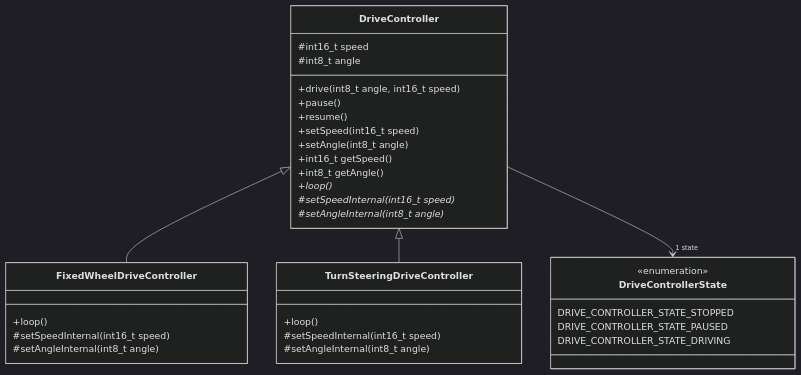
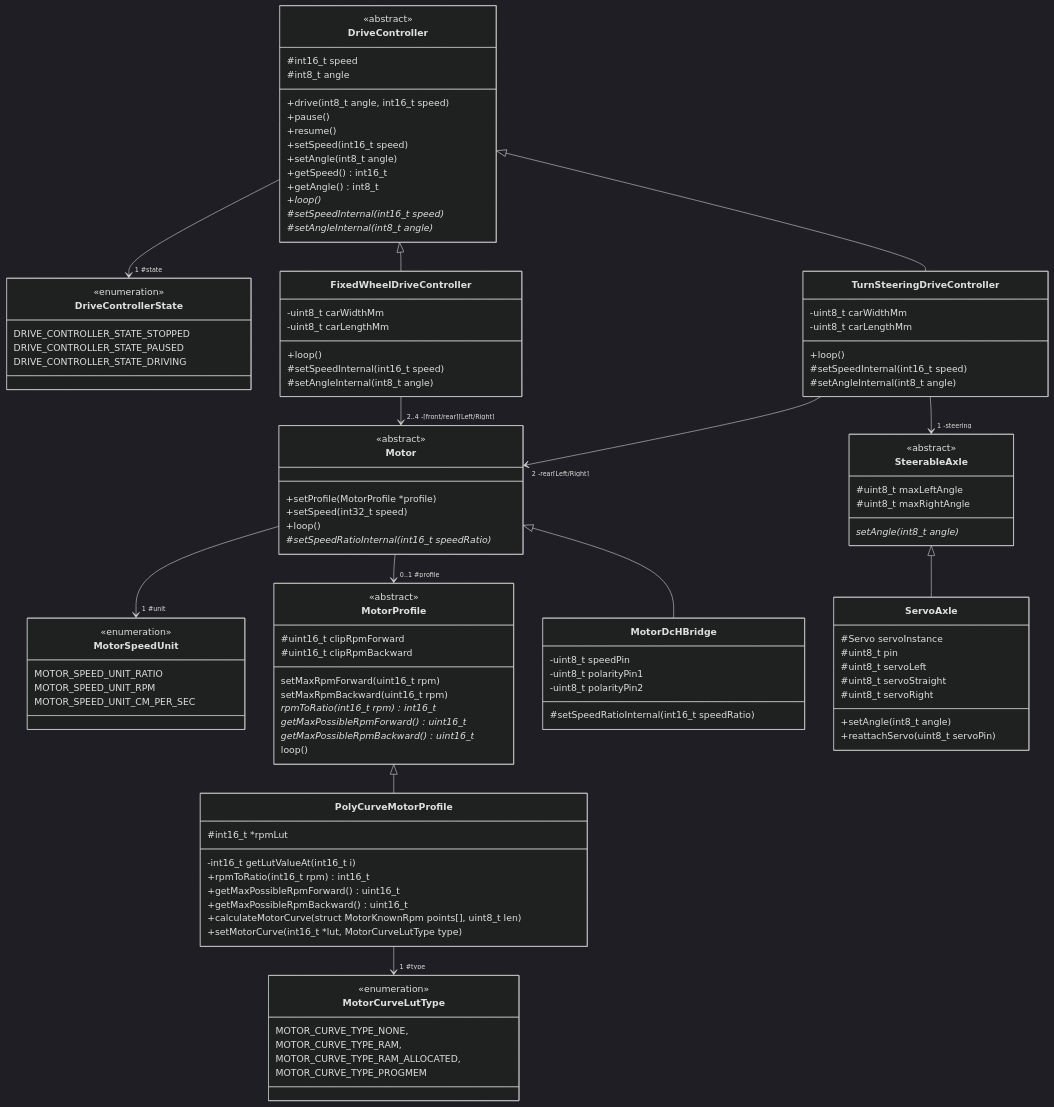
The diagram in README.md (SQA-Robo-Lab/Sofdcar-HAL), drawn with Mermaid (dark theme) before and after one commit.

Commit message:
Updated class diagramm for drive controller

````diff
--- a/README.md
+++ b/README.md
@@ -11,9 +11,7 @@
 ```mermaid
-classDiagram
-    DriveController <|-- FixedWheelDriveController
-    DriveController <|-- TurnSteeringDriveController
-    DriveController --> "1 state" DriveControllerState
+classDiagram   
     class DriveController{
+        <<abstract>>
         #int16_t speed
         #int8_t angle
 
@@ -23,30 +21,131 @@
 
         +setSpeed(int16_t speed)
         +setAngle(int8_t angle)
-        +int16_t getSpeed()
-        +int8_t getAngle()
+        +getSpeed() int16_t
+        +getAngle() int8_t 
 
         +loop()*
 
         #setSpeedInternal(int16_t speed)*
         #setAngleInternal(int8_t angle)*
     }
+    DriveController --> "1 #state" DriveControllerState
+
+    DriveController <|-- FixedWheelDriveController
     class FixedWheelDriveController{
+        -uint8_t carWidthMm
+        -uint8_t carLengthMm
+
         +loop()
 
         #setSpeedInternal(int16_t speed)
         #setAngleInternal(int8_t angle)
     }
+    FixedWheelDriveController --> "2..4 -[front/rear][Left/Right]" Motor
+
+    DriveController <|-- TurnSteeringDriveController
     class TurnSteeringDriveController{
+        -uint8_t carWidthMm
+        -uint8_t carLengthMm
+
         +loop()
 
         #setSpeedInternal(int16_t speed)
         #setAngleInternal(int8_t angle)
     }
+    TurnSteeringDriveController --> "2 -rear[Left/Right]" Motor
+    TurnSteeringDriveController --> "1 -steering" SteerableAxle
+
     class DriveControllerState {
         <<enumeration>>
         DRIVE_CONTROLLER_STATE_STOPPED
         DRIVE_CONTROLLER_STATE_PAUSED
         DRIVE_CONTROLLER_STATE_DRIVING
     }
+
+
+    class Motor {
+        <<abstract>>
+        +setProfile(MotorProfile *profile)
+        +setSpeed(int32_t speed)
+        +loop()
+
+        #setSpeedRatioInternal(int16_t speedRatio)*
+    }
+    Motor --> "1 #unit" MotorSpeedUnit
+    Motor --> "0..1 #profile" MotorProfile
+
+    class MotorSpeedUnit {
+        <<enumeration>>
+        MOTOR_SPEED_UNIT_RATIO
+        MOTOR_SPEED_UNIT_RPM
+        MOTOR_SPEED_UNIT_CM_PER_SEC
+    }
+
+    Motor <|-- MotorDcHBridge
+    class MotorDcHBridge {
+        -uint8_t speedPin
+        -uint8_t polarityPin1
+        -uint8_t polarityPin2
+
+        #setSpeedRatioInternal(int16_t speedRatio)
+    }
+
+    class MotorProfile {
+        <<abstract>>
+        #uint16_t clipRpmForward
+        #uint16_t clipRpmBackward
+
+        setMaxRpmForward(uint16_t rpm)
+        setMaxRpmBackward(uint16_t rpm)
+
+        rpmToRatio(int16_t rpm) int16_t*
+        getMaxPossibleRpmForward() uint16_t*
+        getMaxPossibleRpmBackward() uint16_t*
+
+        loop()
+    }
+
+    MotorProfile <|-- PolyCurveMotorProfile
+    class PolyCurveMotorProfile {
+        #int16_t *rpmLut
+
+        -int16_t getLutValueAt(int16_t i)
+
+        +rpmToRatio(int16_t rpm) int16_t
+        +getMaxPossibleRpmForward() uint16_t
+        +getMaxPossibleRpmBackward() uint16_t
+
+        +calculateMotorCurve(struct MotorKnownRpm points[], uint8_t len)
+        +setMotorCurve(int16_t *lut, MotorCurveLutType type)
+    }
+    PolyCurveMotorProfile --> "1 #type" MotorCurveLutType
+
+    class MotorCurveLutType {
+        <<enumeration>>
+        MOTOR_CURVE_TYPE_NONE,
+        MOTOR_CURVE_TYPE_RAM,
+        MOTOR_CURVE_TYPE_RAM_ALLOCATED,
+        MOTOR_CURVE_TYPE_PROGMEM
+    }
+
+    class SteerableAxle {
+        <<abstract>>
+        #uint8_t maxLeftAngle
+        #uint8_t maxRightAngle
+
+        setAngle(int8_t angle)*
+    }
+
+    SteerableAxle <|-- ServoAxle
+    class ServoAxle {
+        #Servo servoInstance
+        #uint8_t pin
+        #uint8_t servoLeft
+        #uint8_t servoStraight
+        #uint8_t servoRight
+
+        +setAngle(int8_t angle)
+        +reattachServo(uint8_t servoPin)
+    }
 ```
````
